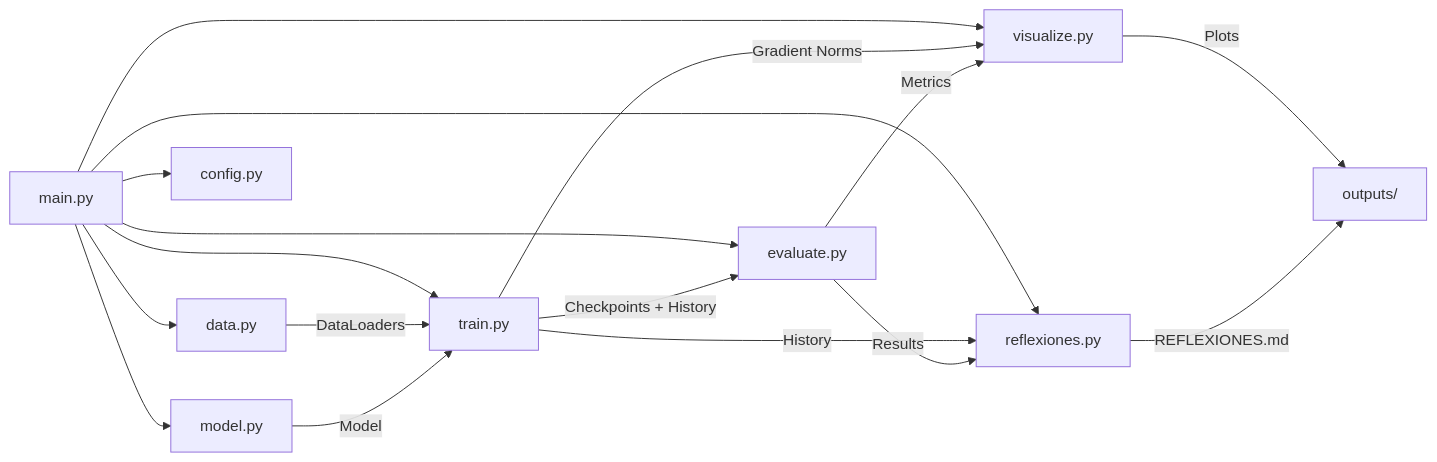
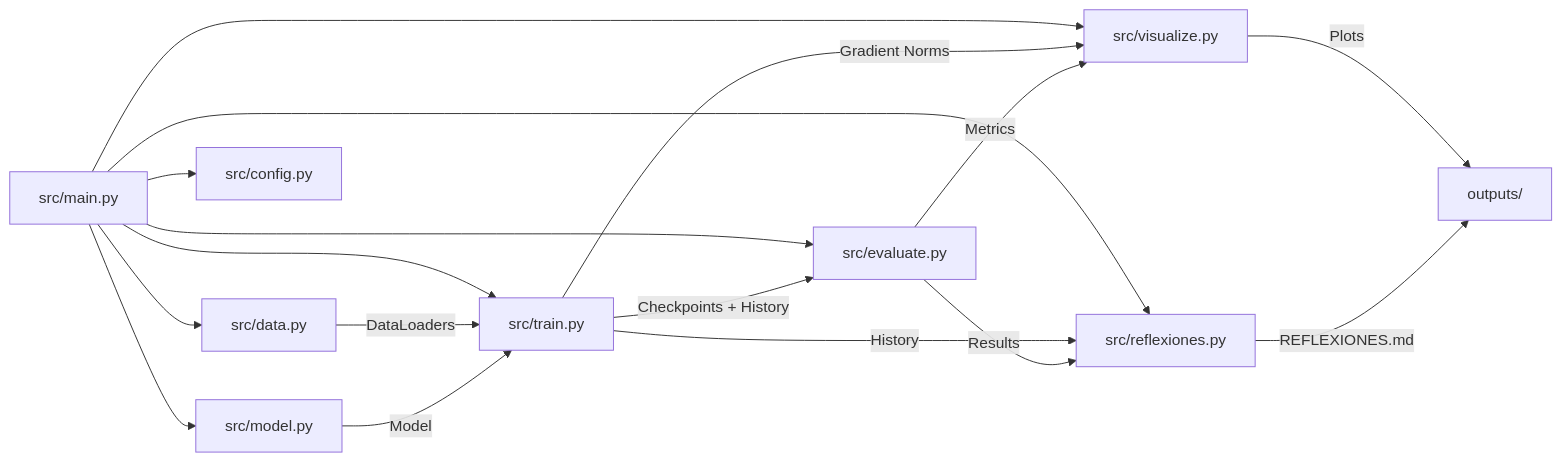
The first of 2 diagrams in .kiro/specs/sentiment-rnn/design.md (emilianodesu/sentiment-analysis-stacked-rnn), drawn with Mermaid before and after one commit. The commit also changed other lines of this file and 7 other files, not shown here.

````diff
--- a/.kiro/specs/sentiment-rnn/design.md
+++ b/.kiro/specs/sentiment-rnn/design.md
@@ -11,20 +11,20 @@
 ```mermaid
 flowchart LR
-    A[main.py] --> B[data.py]
-    A --> C[model.py]
-    A --> D[train.py]
-    A --> E[evaluate.py]
-    A --> F[visualize.py]
-    A --> G[config.py]
-    A --> R[reflexiones.py]
+    A[src/main.py] --> B[src/data.py]
+    A --> C[src/model.py]
+    A --> D[src/train.py]
+    A --> E[src/evaluate.py]
+    A --> F[src/visualize.py]
+    A --> G[src/config.py]
+    A --> R[src/reflexiones.py]
     
     B --> |DataLoaders| D
     C --> |Model| D
     D --> |Checkpoints + History| E
     D --> |Gradient Norms| F
     E --> |Metrics| F
     D --> |History| R
     E --> |Results| R
     F --> |Plots| H[outputs/]
     R --> |REFLEXIONES.md| H
 ```
````
